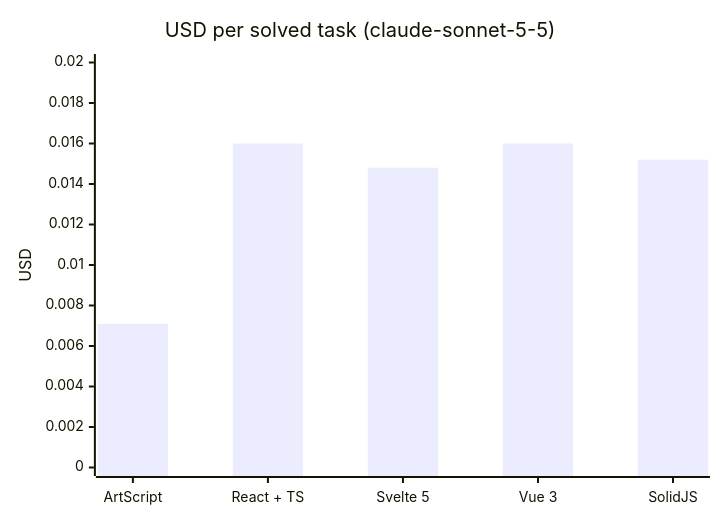
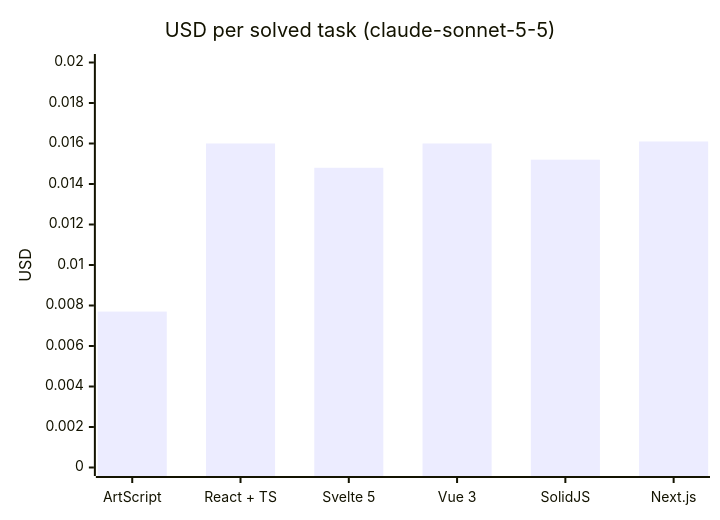
One commit to leb90/ArtScript changed the second of 3 diagrams in README.md. Above: the diagram before and after it, drawn with Mermaid. The commit also changed other lines of this file and 17 other files, not shown here.

````diff
--- a/README.md
+++ b/README.md
@@ -334,7 +335,7 @@
 ```mermaid
 xychart-beta
     title "USD per solved task (claude-sonnet-5-5)"
-    x-axis ["ArtScript", "React + TS", "Svelte 5", "Vue 3", "SolidJS"]
+    x-axis ["ArtScript", "React + TS", "Svelte 5", "Vue 3", "SolidJS", "Next.js"]
     y-axis "USD" 0 --> 0.020
-    bar [0.0071, 0.0160, 0.0148, 0.0160, 0.0152]
+    bar [0.0077, 0.0160, 0.0148, 0.0160, 0.0152, 0.0161]
 ```
````
